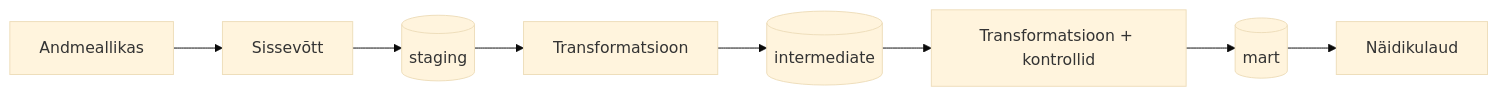
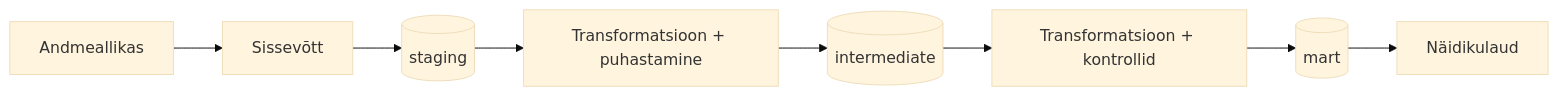
Before and after one commit to 6ie/andmeinseneeria-projektitoo-2026: the diagram in README.md, drawn with Mermaid (base theme). The commit also changed other lines of this file and 3 other files, not shown here.

````diff
--- a/README.md
+++ b/README.md
@@ -20,10 +20,10 @@
 ```mermaid
 flowchart LR
     source[Andmeallikas] --> ingest[Sissevõtt]
     ingest --> staging[(staging)]
-    staging --> transform[Transformatsioon]
-    transform --> intermediate[(intermediate)]
+    staging --> transform+clean[Transformatsioon + puhastamine]
+    transform+clean --> intermediate[(intermediate)]
     intermediate --> transform+validation[Transformatsioon + kontrollid]
     transform+validation --> mart[(mart)]
     mart --> dashboard[Näidikulaud]
 ```
````
